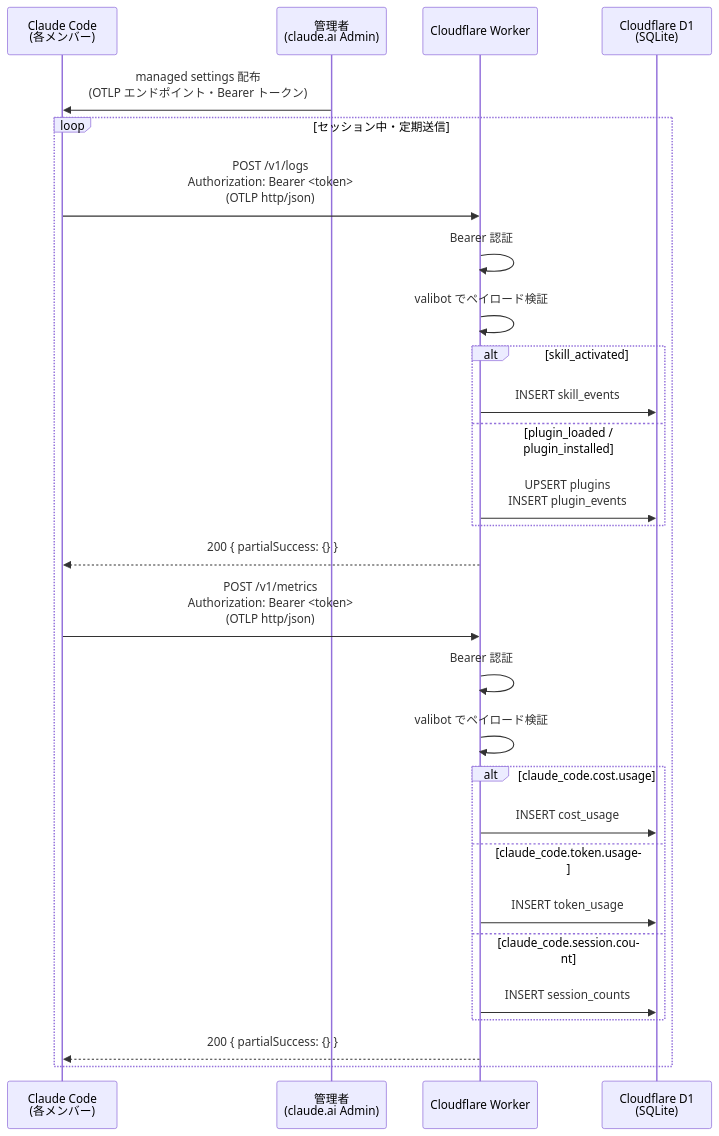
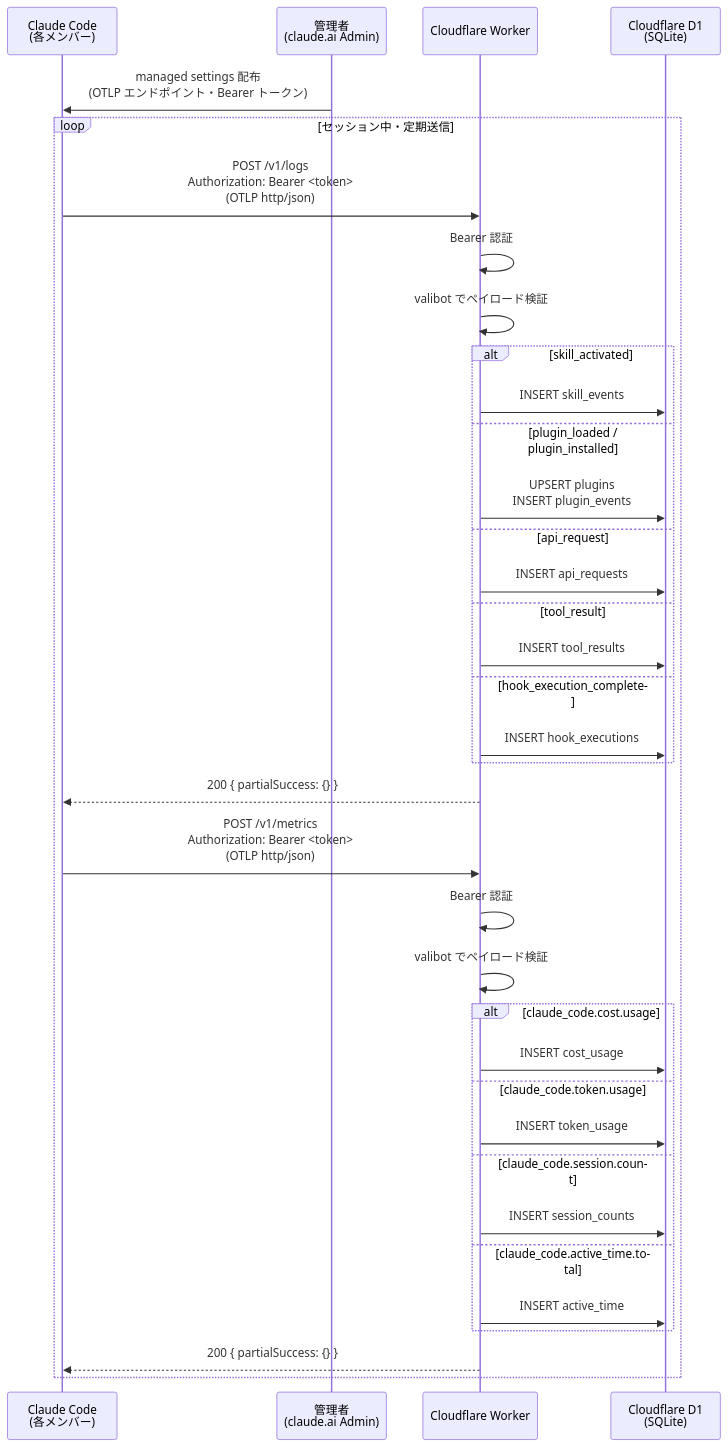
The first of 2 diagrams in README.md (Suntory-N-Water/cc-monitor-worker), drawn with Mermaid before and after one commit. The commit also changed other lines of this file, not shown here.

````diff
--- a/README.md
+++ b/README.md
@@ -27,33 +31,41 @@
 ```mermaid
 sequenceDiagram
     participant CC as Claude Code<br/>(各メンバー)
     participant Admin as 管理者<br/>(claude.ai Admin)
     participant W as Cloudflare Worker
     participant D1 as Cloudflare D1<br/>(SQLite)
 
     Admin->>CC: managed settings 配布<br/>(OTLP エンドポイント・Bearer トークン)
 
     loop セッション中・定期送信
         CC->>W: POST /v1/logs<br/>Authorization: Bearer <token><br/>(OTLP http/json)
         W->>W: Bearer 認証
         W->>W: valibot でペイロード検証
         alt skill_activated
             W->>D1: INSERT skill_events
         else plugin_loaded / plugin_installed
             W->>D1: UPSERT plugins<br/>INSERT plugin_events
+        else api_request
+            W->>D1: INSERT api_requests
+        else tool_result
+            W->>D1: INSERT tool_results
+        else hook_execution_complete
+            W->>D1: INSERT hook_executions
         end
         W-->>CC: 200 { partialSuccess: {} }
 
         CC->>W: POST /v1/metrics<br/>Authorization: Bearer <token><br/>(OTLP http/json)
         W->>W: Bearer 認証
         W->>W: valibot でペイロード検証
         alt claude_code.cost.usage
             W->>D1: INSERT cost_usage
         else claude_code.token.usage
             W->>D1: INSERT token_usage
         else claude_code.session.count
             W->>D1: INSERT session_counts
+        else claude_code.active_time.total
+            W->>D1: INSERT active_time
         end
         W-->>CC: 200 { partialSuccess: {} }
     end
 ```
````
